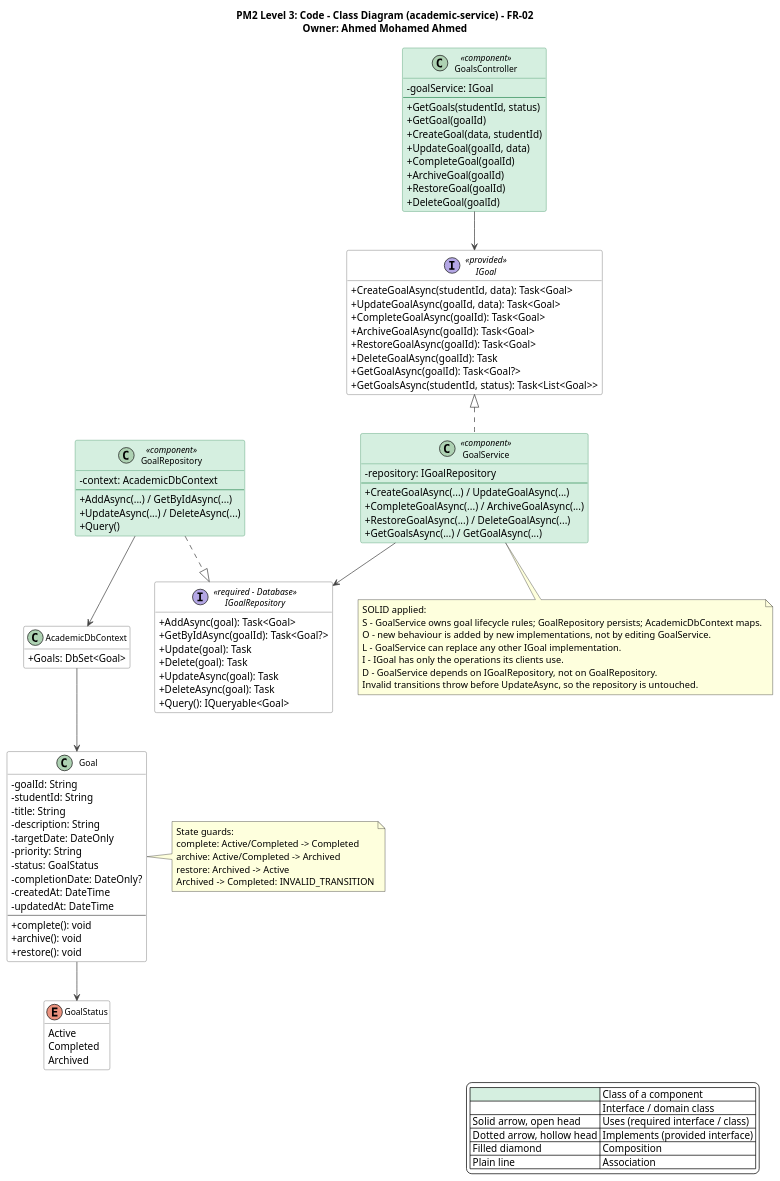
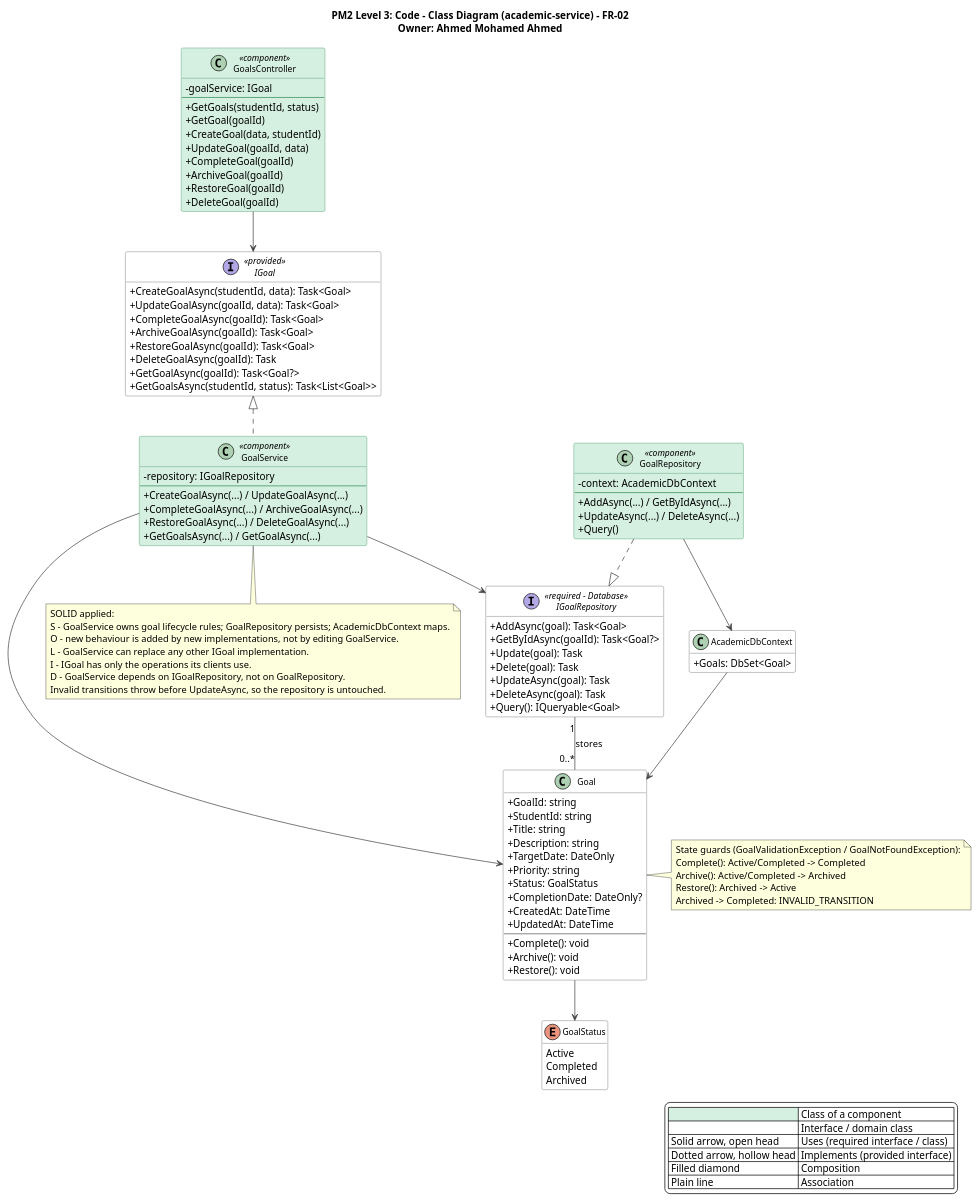
One commit to AIU-SoftWave/Aspirra changed the diagram in docs/PM2/Part A — Design/Class Diagram/02-academic-service.puml. Above: the diagram before and after it, drawn with PlantUML. The commit also changed 16 other files, not shown here.

Commit message:
Update PM2-01 class diagrams, message-link table, and report embeds (SCRUM-175, #54)

```diff
--- a/docs/PM2/Part A — Design/Class Diagram/02-academic-service.puml
+++ b/docs/PM2/Part A — Design/Class Diagram/02-academic-service.puml
@@ -1,133 +1,135 @@
 @startuml 02-academic-service
 title PM2 Level 3: Code - Class Diagram (academic-service) - FR-02\nOwner: Ahmed Mohamed Ahmed
 top to bottom direction
 skinparam shadowing false
 skinparam defaultFontName Segoe UI
 skinparam backgroundColor #FFFFFF
 skinparam classAttributeIconSize 0
 skinparam classFontSize 12
 skinparam nodesep 35
 skinparam ranksep 55
 skinparam ArrowColor #444444
 skinparam class {
   BackgroundColor #FFFFFF
   BorderColor #555555
   BackgroundColor<<component>> #D5EFE0
   BorderColor<<component>> #2E8B57
 }
 skinparam interface {
   BackgroundColor #FFFFFF
   BorderColor #555555
 }
 hide empty members
 
 legend right
   |<#D5EFE0>   | Class of a component |
   |<#FFFFFF>   | Interface / domain class |
   | Solid arrow, open head | Uses (required interface / class) |
   | Dotted arrow, hollow head | Implements (provided interface) |
   | Filled diamond | Composition |
   | Plain line | Association |
 endlegend
 
 interface IGoal <<provided>> {
   +CreateGoalAsync(studentId, data): Task<Goal>
   +UpdateGoalAsync(goalId, data): Task<Goal>
   +CompleteGoalAsync(goalId): Task<Goal>
   +ArchiveGoalAsync(goalId): Task<Goal>
   +RestoreGoalAsync(goalId): Task<Goal>
   +DeleteGoalAsync(goalId): Task
   +GetGoalAsync(goalId): Task<Goal?>
   +GetGoalsAsync(studentId, status): Task<List<Goal>>
 }
 
 class GoalsController <<component>> {
   -goalService: IGoal
   --
   +GetGoals(studentId, status)
   +GetGoal(goalId)
   +CreateGoal(data, studentId)
   +UpdateGoal(goalId, data)
   +CompleteGoal(goalId)
   +ArchiveGoal(goalId)
   +RestoreGoal(goalId)
   +DeleteGoal(goalId)
 }
 
 class GoalService <<component>> {
   -repository: IGoalRepository
   --
   +CreateGoalAsync(...) / UpdateGoalAsync(...)
   +CompleteGoalAsync(...) / ArchiveGoalAsync(...)
   +RestoreGoalAsync(...) / DeleteGoalAsync(...)
   +GetGoalsAsync(...) / GetGoalAsync(...)
 }
 
 interface IGoalRepository <<required - Database>> {
   +AddAsync(goal): Task<Goal>
   +GetByIdAsync(goalId): Task<Goal?>
   +Update(goal): Task
   +Delete(goal): Task
   +UpdateAsync(goal): Task
   +DeleteAsync(goal): Task
   +Query(): IQueryable<Goal>
 }
 
 class GoalRepository <<component>> {
   -context: AcademicDbContext
   --
   +AddAsync(...) / GetByIdAsync(...)
   +UpdateAsync(...) / DeleteAsync(...)
   +Query()
 }
 
 class AcademicDbContext {
   +Goals: DbSet<Goal>
 }
 
 class Goal {
-  -goalId: String
-  -studentId: String
-  -title: String
-  -description: String
-  -targetDate: DateOnly
-  -priority: String
-  -status: GoalStatus
-  -completionDate: DateOnly?
-  -createdAt: DateTime
-  -updatedAt: DateTime
+  +GoalId: string
+  +StudentId: string
+  +Title: string
+  +Description: string
+  +TargetDate: DateOnly
+  +Priority: string
+  +Status: GoalStatus
+  +CompletionDate: DateOnly?
+  +CreatedAt: DateTime
+  +UpdatedAt: DateTime
   --
-  +complete(): void
-  +archive(): void
-  +restore(): void
+  +Complete(): void
+  +Archive(): void
+  +Restore(): void
 }
 enum GoalStatus {
   Active
   Completed
   Archived
 }
 
 GoalsController --> IGoal
 IGoal <|.. GoalService
 GoalService --> IGoalRepository
+GoalService --> Goal
+IGoalRepository "1" -- "0..*" Goal : stores
 GoalRepository ..|> IGoalRepository
 GoalRepository --> AcademicDbContext
 AcademicDbContext --> Goal
 Goal --> GoalStatus
 note right of Goal
-  State guards:
-  complete: Active/Completed -> Completed
-  archive: Active/Completed -> Archived
-  restore: Archived -> Active
+  State guards (GoalValidationException / GoalNotFoundException):
+  Complete(): Active/Completed -> Completed
+  Archive(): Active/Completed -> Archived
+  Restore(): Archived -> Active
   Archived -> Completed: INVALID_TRANSITION
 end note
 note bottom of GoalService
 SOLID applied:
 S - GoalService owns goal lifecycle rules; GoalRepository persists; AcademicDbContext maps.
 O - new behaviour is added by new implementations, not by editing GoalService.
 L - GoalService can replace any other IGoal implementation.
 I - IGoal has only the operations its clients use.
 D - GoalService depends on IGoalRepository, not on GoalRepository.
 Invalid transitions throw before UpdateAsync, so the repository is untouched.
 end note
 @enduml
```
